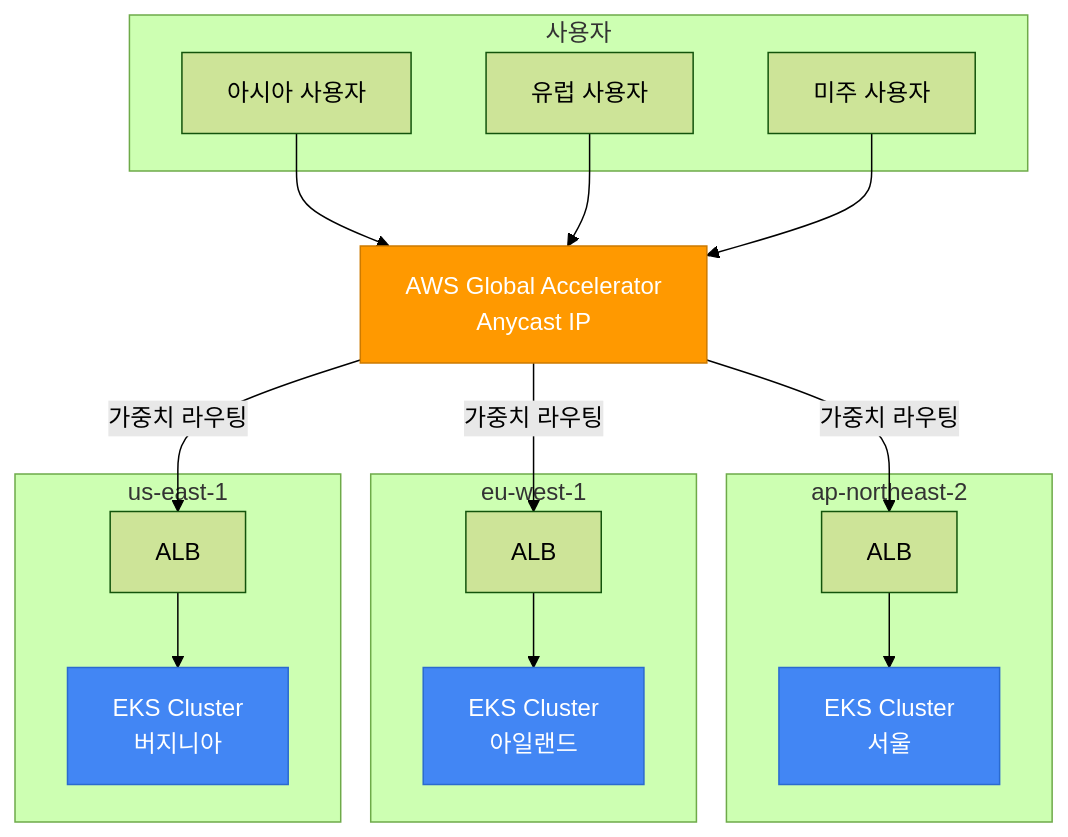
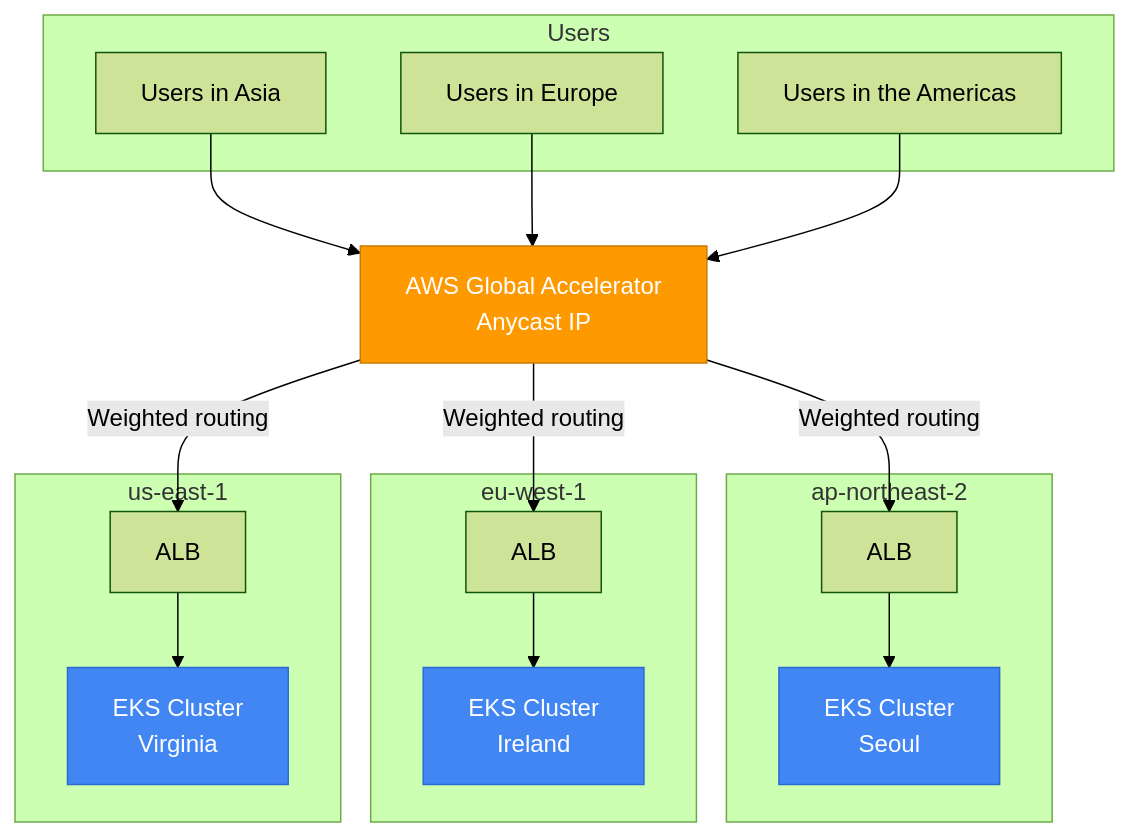
Before and after one commit to devfloor9/engineering-playbook: the fifth of 7 diagrams in docs/eks-best-practices/operations-reliability/eks-resiliency-guide.md, drawn with Mermaid (forest theme). The commit also changed other lines of this file and 954 other files, not shown here.

````diff
--- a/docs/eks-best-practices/operations-reliability/eks-resiliency-guide.md
+++ b/docs/eks-best-practices/operations-reliability/eks-resiliency-guide.md
@@ -686,42 +686,42 @@
 ```mermaid
 flowchart TB
-    subgraph "사용자"
-        U1[아시아 사용자]
-        U2[유럽 사용자]
-        U3[미주 사용자]
+    subgraph "Users"
+        U1[Users in Asia]
+        U2[Users in Europe]
+        U3[Users in the Americas]
     end
 
     GA[AWS Global Accelerator<br/>Anycast IP]
 
     subgraph "ap-northeast-2"
-        EKS1[EKS Cluster<br/>서울]
+        EKS1[EKS Cluster<br/>Seoul]
         ALB1[ALB]
     end
 
     subgraph "eu-west-1"
-        EKS2[EKS Cluster<br/>아일랜드]
+        EKS2[EKS Cluster<br/>Ireland]
         ALB2[ALB]
     end
 
     subgraph "us-east-1"
-        EKS3[EKS Cluster<br/>버지니아]
+        EKS3[EKS Cluster<br/>Virginia]
         ALB3[ALB]
     end
 
     U1 --> GA
     U2 --> GA
     U3 --> GA
 
-    GA -->|가중치 라우팅| ALB1
-    GA -->|가중치 라우팅| ALB2
-    GA -->|가중치 라우팅| ALB3
+    GA -->|Weighted routing| ALB1
+    GA -->|Weighted routing| ALB2
+    GA -->|Weighted routing| ALB3
 
     ALB1 --> EKS1
     ALB2 --> EKS2
     ALB3 --> EKS3
 
     style GA fill:#ff9900,stroke:#cc7a00,color:#fff
     style EKS1 fill:#4286f4,stroke:#2a6acf,color:#fff
     style EKS2 fill:#4286f4,stroke:#2a6acf,color:#fff
     style EKS3 fill:#4286f4,stroke:#2a6acf,color:#fff
 ```
````
